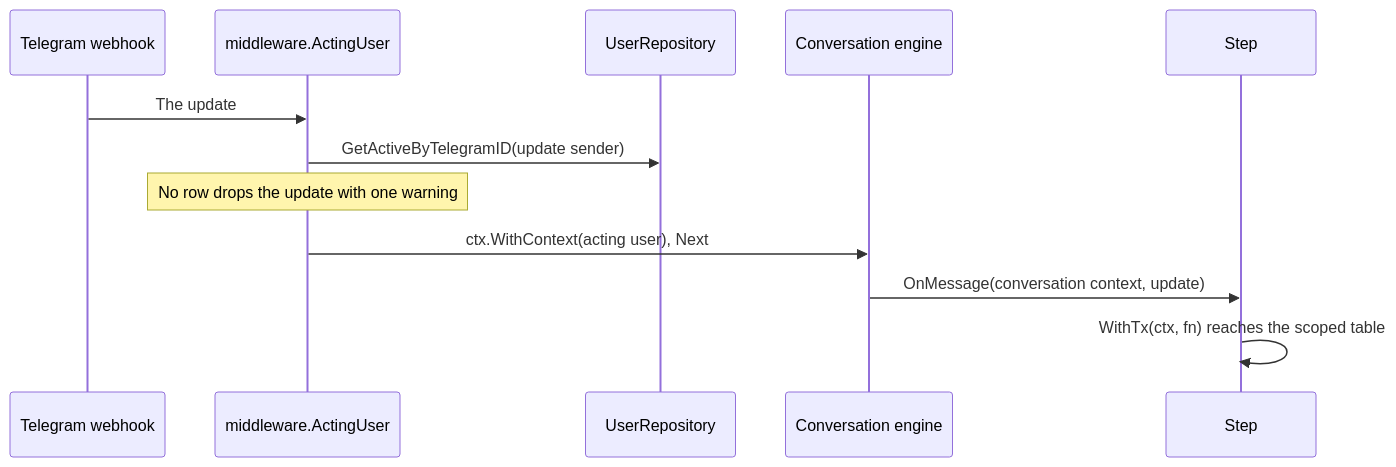
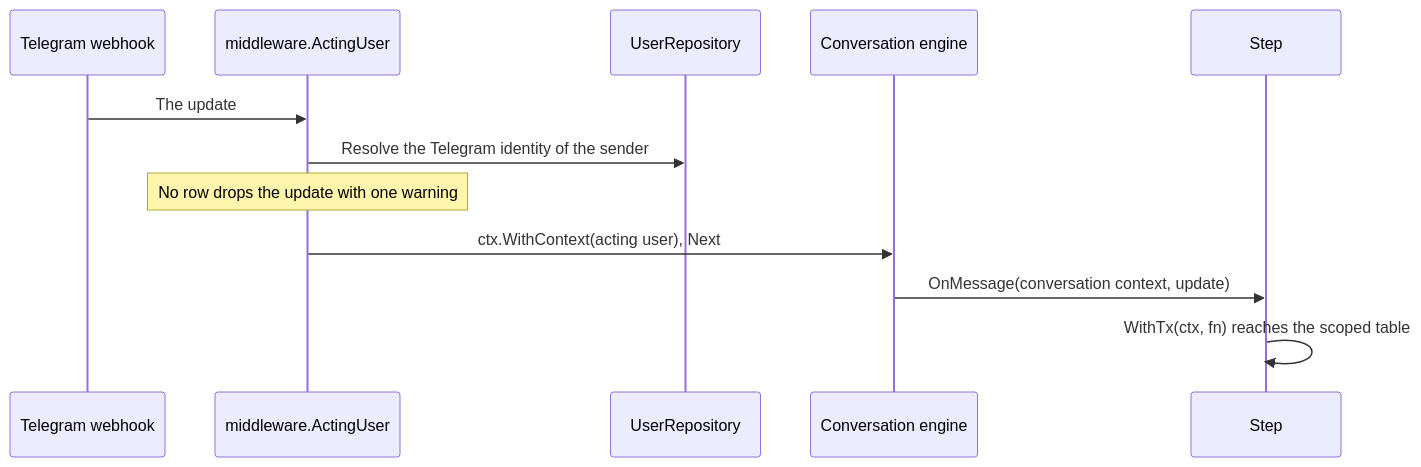
Before and after one commit to ABGEO/maroid: the second of 2 diagrams in specs/features/ident/spec.md, drawn with Mermaid. The commit also changed other lines of this file and 14 other files, not shown here.

````diff
--- a/specs/features/ident/spec.md
+++ b/specs/features/ident/spec.md
@@ -238,15 +244,15 @@
 ```mermaid
 sequenceDiagram
     participant T as Telegram webhook
     participant M as middleware.ActingUser
     participant R as UserRepository
     participant E as Conversation engine
     participant S as Step
 
     T->>M: The update
-    M->>R: GetActiveByTelegramID(update sender)
+        M->>R: Resolve the Telegram identity of the sender
     Note over M: No row drops the update with one warning
     M->>E: ctx.WithContext(acting user), Next
     E->>S: OnMessage(conversation context, update)
     S->>S: WithTx(ctx, fn) reaches the scoped table
 ```
````
